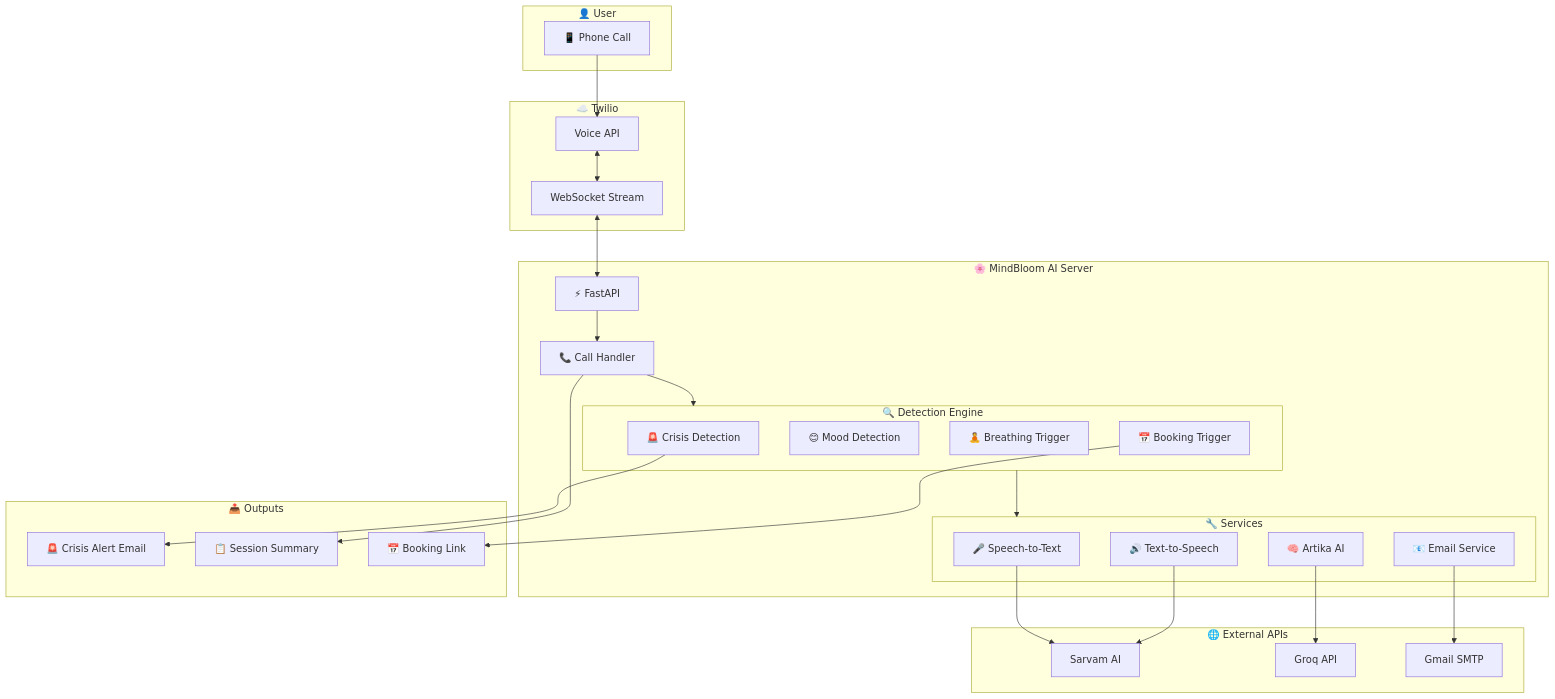
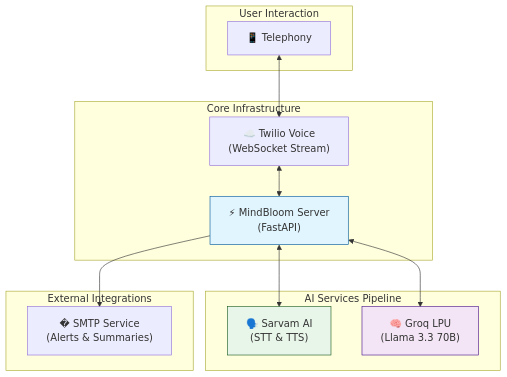
The diagram in README.md (HimanshuMohanty-Git24/MindBloomAI), drawn with Mermaid before and after one commit. The commit also changed other lines of this file and 1 other file, not shown here.

````diff
--- a/README.md
+++ b/README.md
@@ -9,56 +50,30 @@
 ```mermaid
 flowchart TB
-    subgraph User["👤 User"]
-        Phone["📱 Phone Call"]
+    subgraph User Interaction
+        Phone["📱 Telephony"]
     end
 
-    subgraph Twilio["☁️ Twilio"]
-        TwilioVoice["Voice API"]
-        MediaStream["WebSocket Stream"]
+    subgraph "Core Infrastructure"
+        Twilio["☁️ Twilio Voice\n(WebSocket Stream)"]
+        FastAPI["⚡ MindBloom Server\n(FastAPI)"]
     end
 
-    subgraph MindBloom["🌸 MindBloom AI Server"]
-        FastAPI["⚡ FastAPI"]
-        CallHandler["📞 Call Handler"]
-
-        subgraph Detection["🔍 Detection Engine"]
-            Crisis["🚨 Crisis Detection"]
-            Mood["😊 Mood Detection"]
-            Breathing["🧘 Breathing Trigger"]
-            Booking["📅 Booking Trigger"]
-        end
-
-        subgraph Services["🔧 Services"]
-            SarvamSTT["🎤 Speech-to-Text"]
-            SarvamTTS["🔊 Text-to-Speech"]
-            GroqLLM["🧠 Artika AI"]
-            EmailSvc["📧 Email Service"]
-        end
+    subgraph "AI Services Pipeline"
+        Sarvam["🗣️ Sarvam AI\n(STT & TTS)"]
+        Groq["🧠 Groq LPU\n(Llama 3.3 70B)"]
     end
 
-    subgraph External["🌐 External APIs"]
-        Sarvam["Sarvam AI"]
-        Groq["Groq API"]
-        Gmail["Gmail SMTP"]
+    subgraph "External Integrations"
+        Gmail["� SMTP Service\n(Alerts & Summaries)"]
     end
 
-    subgraph Outputs["📤 Outputs"]
-        CrisisEmail["🚨 Crisis Alert Email"]
-        SummaryEmail["📋 Session Summary"]
-        BookingEmail["📅 Booking Link"]
-    end
+    Phone <--> Twilio
+    Twilio <--> FastAPI
+    FastAPI <--> Sarvam
+    FastAPI <--> Groq
+    FastAPI --> Gmail
 
-    Phone --> TwilioVoice
-    TwilioVoice <--> MediaStream
-    MediaStream <--> FastAPI
-    FastAPI --> CallHandler
-    CallHandler --> Detection
-    Detection --> Services
-    SarvamSTT --> Sarvam
-    SarvamTTS --> Sarvam
-    GroqLLM --> Groq
-    EmailSvc --> Gmail
-    Crisis --> CrisisEmail
-    CallHandler --> SummaryEmail
-    Booking --> BookingEmail
+    style FastAPI fill:#e1f5fe,stroke:#01579b
+    style Groq fill:#f3e5f5,stroke:#4a148c
+    style Sarvam fill:#e8f5e9,stroke:#1b5e20
 ```
````
